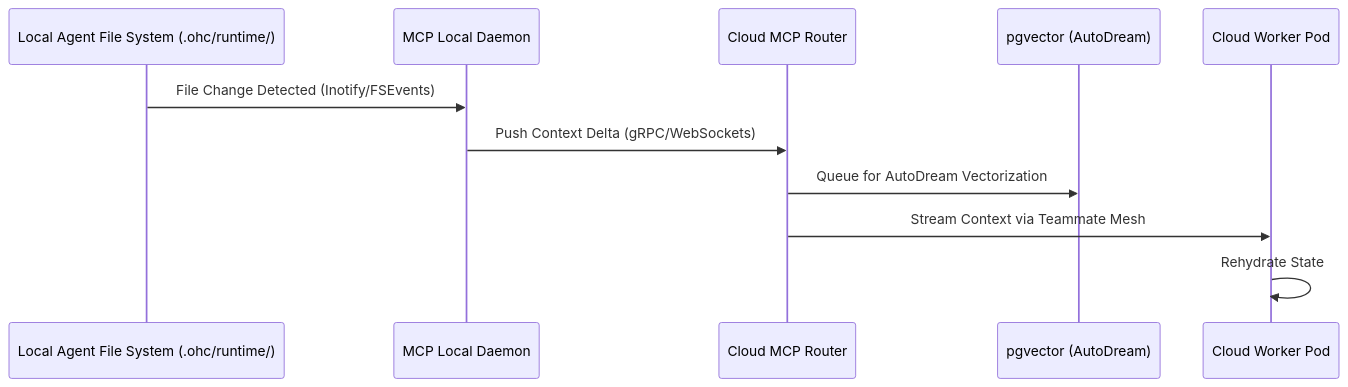
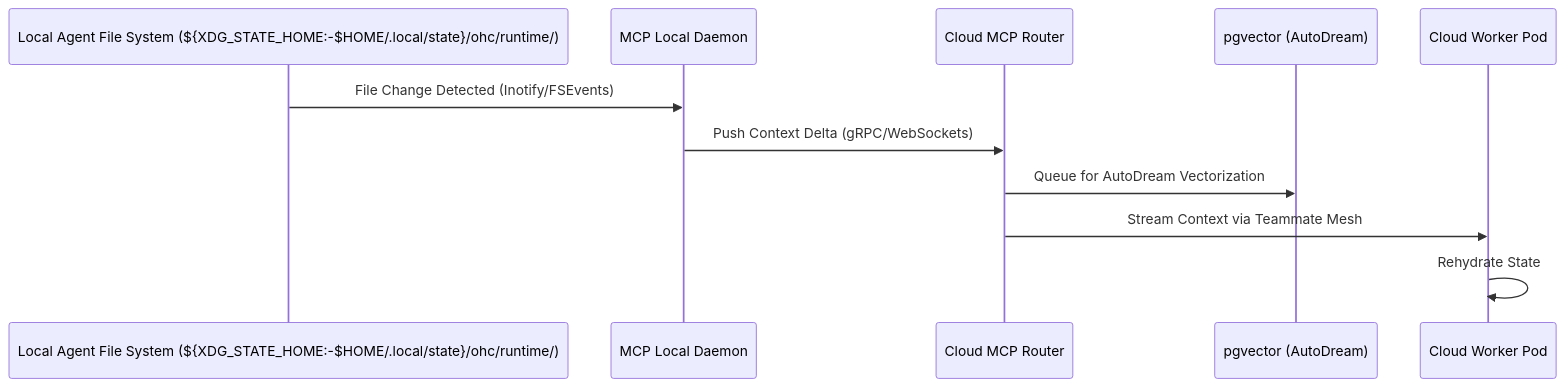
One commit to omnisolo-llc/onehumancorp changed the diagram in docs/walkthroughs/hybrid_fs_mcp_architecture.md. Above: the diagram before and after it, drawn with Mermaid. The commit also changed 182 other files, not shown here.

First line of the commit message:
refactor: migrate remaining top-level code into srcs and switch runtime defaults off .ohc

````diff
--- a/docs/walkthroughs/hybrid_fs_mcp_architecture.md
+++ b/docs/walkthroughs/hybrid_fs_mcp_architecture.md
@@ -11,14 +11,14 @@
 ```mermaid
 sequenceDiagram
-    participant LocalFS as Local Agent File System (.ohc/runtime/)
+    participant LocalFS as Local Agent File System (${XDG_STATE_HOME:-$HOME/.local/state}/ohc/runtime/)
     participant Sync as MCP Local Daemon
     participant Router as Cloud MCP Router
     participant Vector as pgvector (AutoDream)
     participant CloudAgent as Cloud Worker Pod
 
     LocalFS->>Sync: File Change Detected (Inotify/FSEvents)
     Sync->>Router: Push Context Delta (gRPC/WebSockets)
     Router->>Vector: Queue for AutoDream Vectorization
     Router->>CloudAgent: Stream Context via Teammate Mesh
     CloudAgent->>CloudAgent: Rehydrate State
 ```
````
